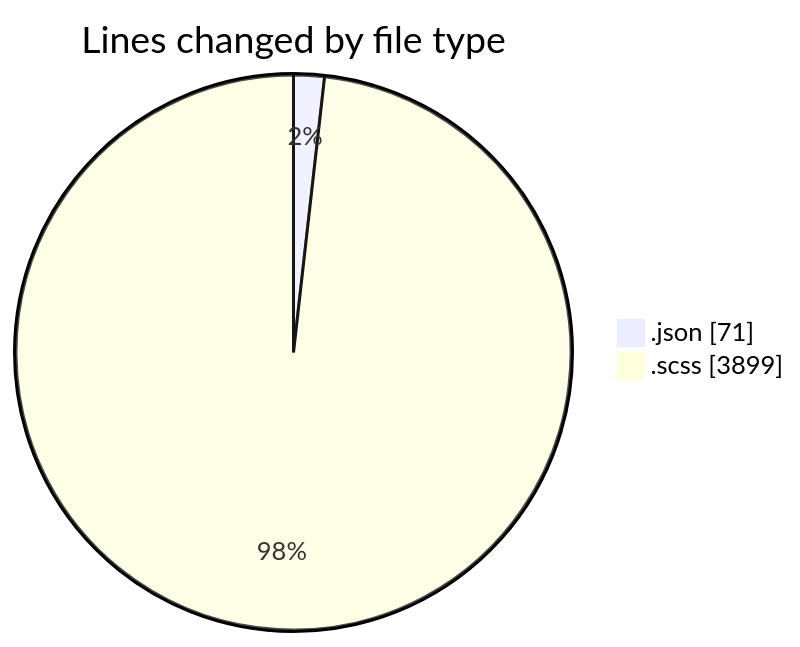
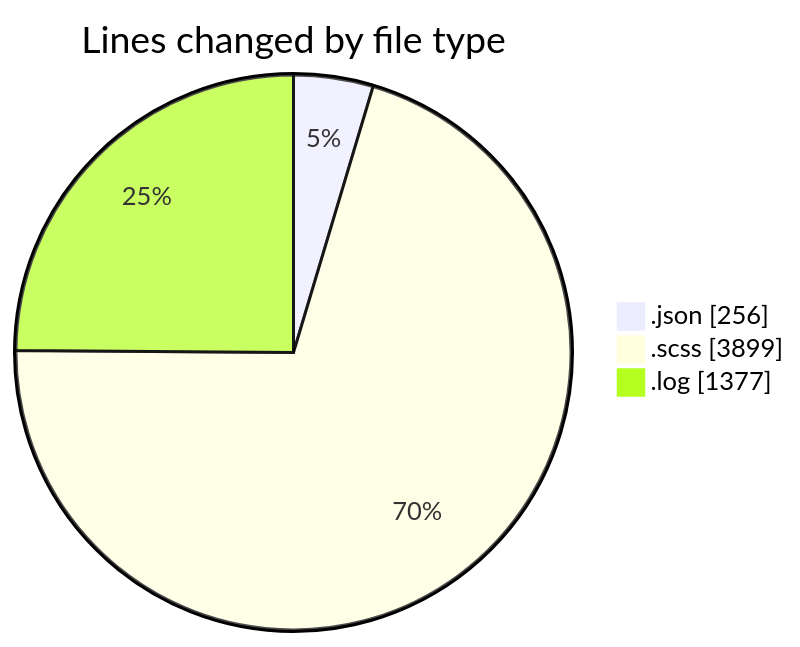
Before and after one commit to momahboobian/code-tracking: the first of 2 diagrams in 2026-01-22/cda/README.md, drawn with Mermaid. The commit also changed other lines of this file and 1 other file, not shown here.

````diff
--- a/2026-01-22/cda/README.md
+++ b/2026-01-22/cda/README.md
@@ -50,6 +52,7 @@
 ```mermaid
 pie showData
 title Lines changed by file type
-".json" : 71
+".json" : 256
 ".scss" : 3899
+".log" : 1377
 ```
````
